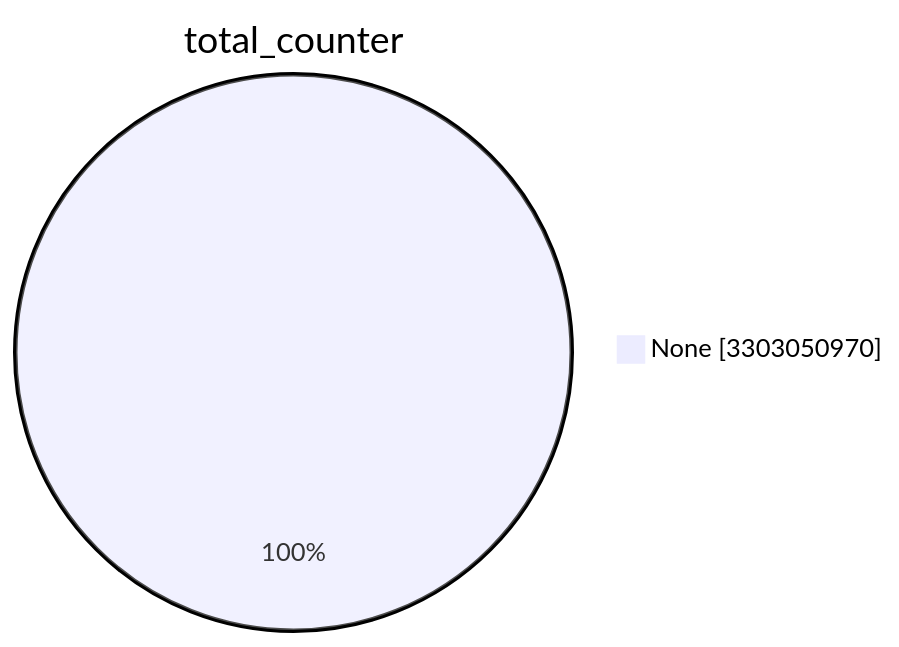
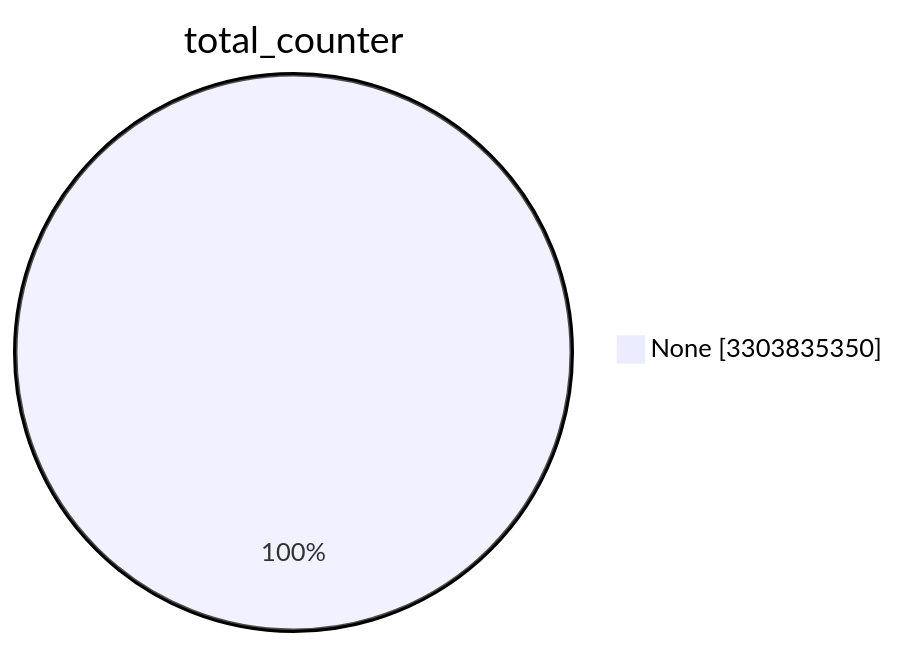
The first of 15 diagrams in TOTAL/README.md (christiankrug/ctmonitor_visualization), drawn with Mermaid before and after one commit. The commit also changed other lines of this file, not shown here.

````diff
--- a/TOTAL/README.md
+++ b/TOTAL/README.md
@@ -1,5 +1,5 @@
 ```mermaid
 pie showData
 title total_counter
-"None" :3303050970
+"None" :3303835350
 ```
````
